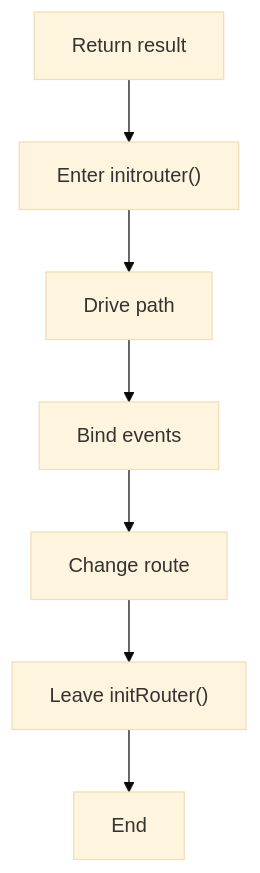
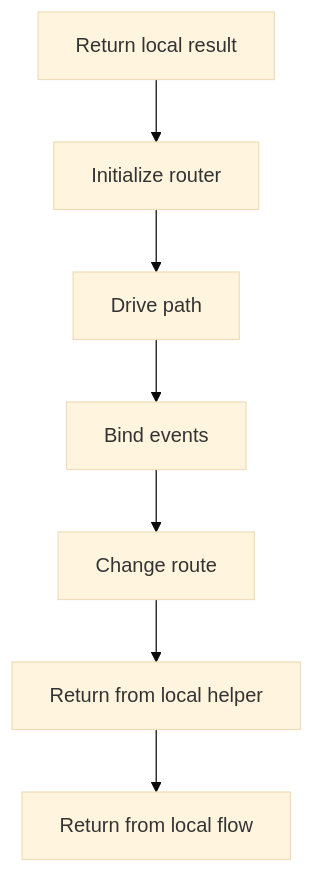
Before and after one commit to JohnAndrewBalbarosa/NeoTerritory: the second of 5 diagrams in docs/Codebase/Frontend/scripts/router.js.md, drawn with Mermaid (base theme). The commit also changed other lines of this file and 915 other files, not shown here.

````diff
--- a/docs/Codebase/Frontend/scripts/router.js.md
+++ b/docs/Codebase/Frontend/scripts/router.js.md
@@ -49,16 +48,16 @@
 ```mermaid
 flowchart TD
-    N0["Return result"]
-    N1["Enter initrouter()"]
+    N0["Return local result"]
+    N1["Initialize router"]
     N2["Drive path"]
     N3["Bind events"]
     N4["Change route"]
-    N5["Leave initRouter()"]
-    N6["End"]
+    N5["Return from local helper"]
+    N6["Return from local flow"]
     N0 --> N1
     N1 --> N2
     N2 --> N3
     N3 --> N4
     N4 --> N5
     N5 --> N6
 ```
````
